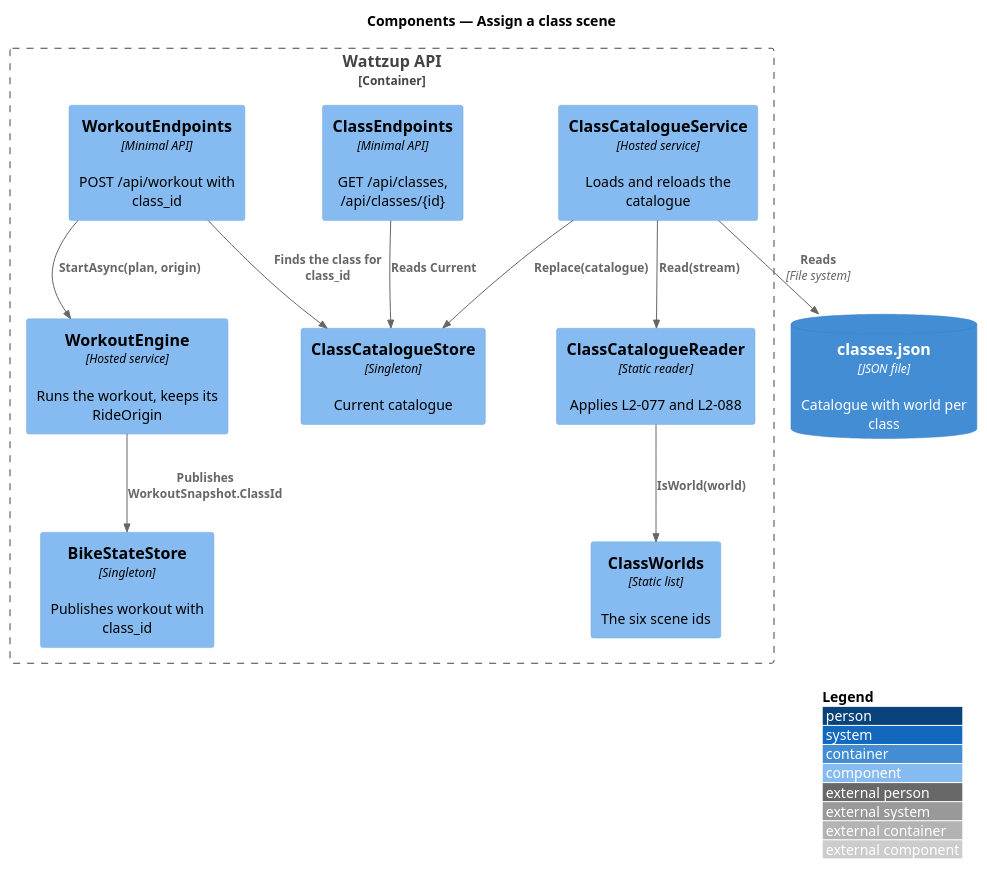
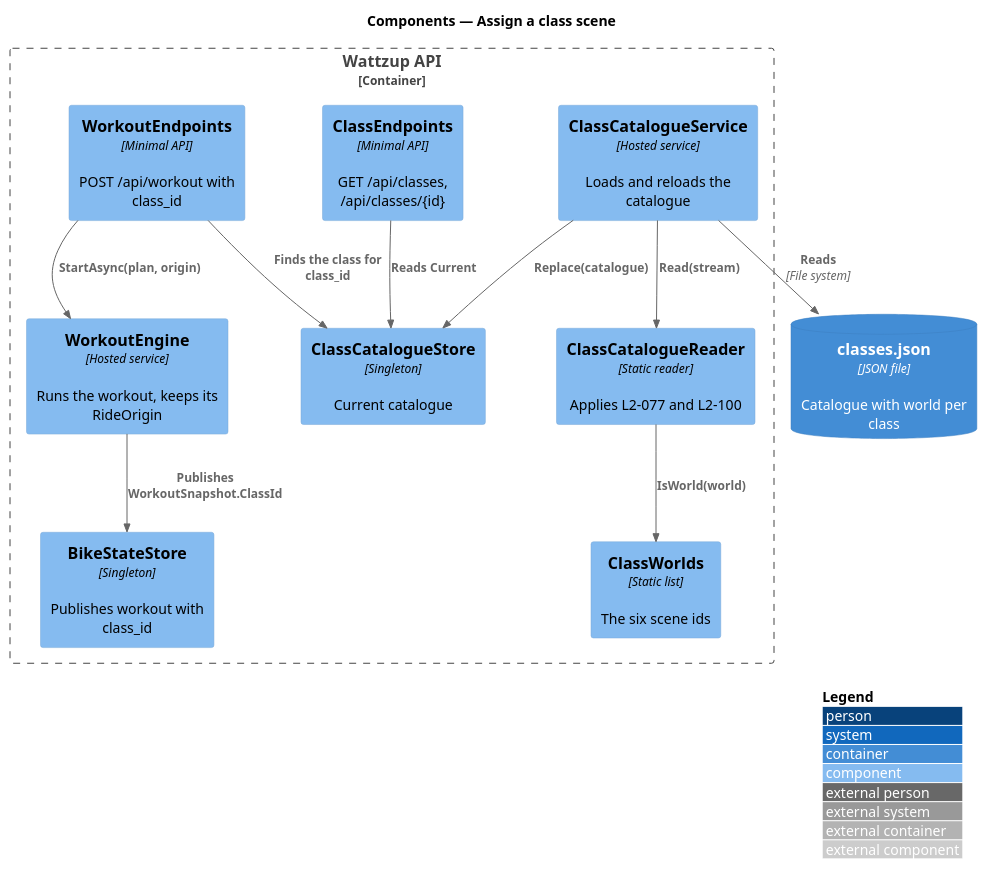
The diagram in docs/detailed-designs/world-ride/assign-class-scene/diagrams/c4-component.puml (QuinntyneBrown/ride-one), drawn with PlantUML before and after one commit. The commit also changed 75 other files, not shown here.

```diff
--- a/docs/detailed-designs/world-ride/assign-class-scene/diagrams/c4-component.puml
+++ b/docs/detailed-designs/world-ride/assign-class-scene/diagrams/c4-component.puml
@@ -1,26 +1,26 @@
 @startuml
 !include <C4/C4_Component>
 LAYOUT_WITH_LEGEND()
 title Components — Assign a class scene
 
 ContainerDb(file, "classes.json", "JSON file", "Catalogue with world per class")
 Container_Boundary(api, "Wattzup API") {
   Component(service, "ClassCatalogueService", "Hosted service", "Loads and reloads the catalogue")
-  Component(reader, "ClassCatalogueReader", "Static reader", "Applies L2-077 and L2-088")
+  Component(reader, "ClassCatalogueReader", "Static reader", "Applies L2-077 and L2-100")
   Component(worlds, "ClassWorlds", "Static list", "The six scene ids")
   Component(store, "ClassCatalogueStore", "Singleton", "Current catalogue")
   Component(classes, "ClassEndpoints", "Minimal API", "GET /api/classes, /api/classes/{id}")
   Component(workouts, "WorkoutEndpoints", "Minimal API", "POST /api/workout with class_id")
   Component(engine, "WorkoutEngine", "Hosted service", "Runs the workout, keeps its RideOrigin")
   Component(state, "BikeStateStore", "Singleton", "Publishes workout with class_id")
 }
 
 Rel(service, file, "Reads", "File system")
 Rel(service, reader, "Read(stream)")
 Rel(reader, worlds, "IsWorld(world)")
 Rel(service, store, "Replace(catalogue)")
 Rel(classes, store, "Reads Current")
 Rel(workouts, store, "Finds the class for class_id")
 Rel(workouts, engine, "StartAsync(plan, origin)")
 Rel(engine, state, "Publishes WorkoutSnapshot.ClassId")
 @enduml
```
